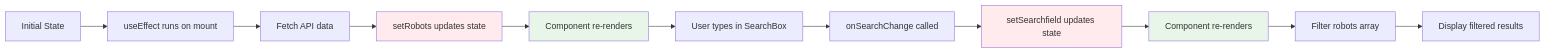
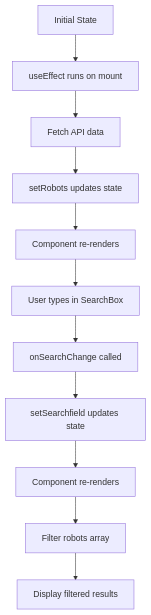
One commit to elenaScripts/Robofriends-and-React-Hooks changed the third of 3 diagrams in README.md. Above: the diagram before and after it, drawn with Mermaid.

Commit message:
remove State management flow

````diff
--- a/README.md
+++ b/README.md
@@ -153,18 +153,13 @@
 ```mermaid
-flowchart LR
-    A[Initial State] --> B[useEffect runs on mount]
-    B --> C[Fetch API data]
-    C --> D[setRobots updates state]
-    D --> E[Component re-renders]
-    E --> F[User types in SearchBox]
-    F --> G[onSearchChange called]
-    G --> H[setSearchfield updates state]
-    H --> I[Component re-renders]
-    I --> J[Filter robots array]
-    J --> K[Display filtered results]
-    
-    style D fill:#ffebee
-    style H fill:#ffebee
-    style E fill:#e8f5e9
-    style I fill:#e8f5e9
+flowchart TD
+    Start[Initial State] --> Mount[useEffect runs on mount]
+    Mount --> Fetch[Fetch API data]
+    Fetch --> UpdateRobots[setRobots updates state]
+    UpdateRobots --> Render1[Component re-renders]
+    Render1 --> UserInput[User types in SearchBox]
+    UserInput --> SearchChange[onSearchChange called]
+    SearchChange --> UpdateSearch[setSearchfield updates state]
+    UpdateSearch --> Render2[Component re-renders]
+    Render2 --> Filter[Filter robots array]
+    Filter --> Display[Display filtered results]
 ```
````
